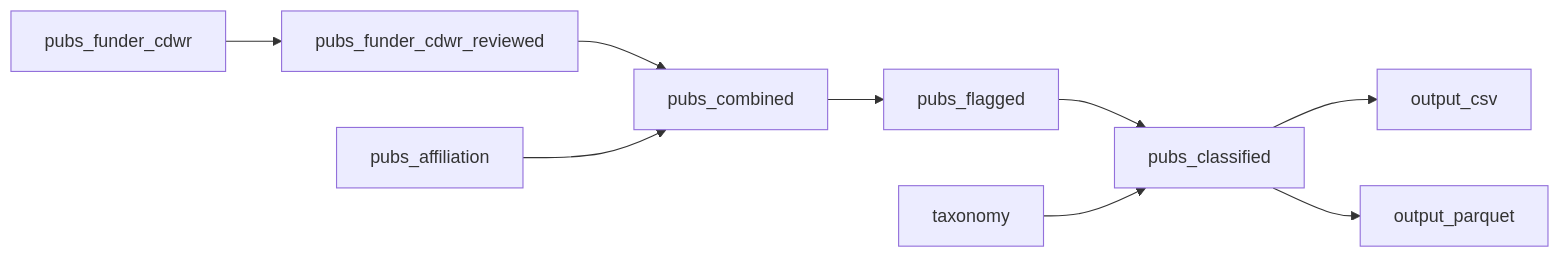
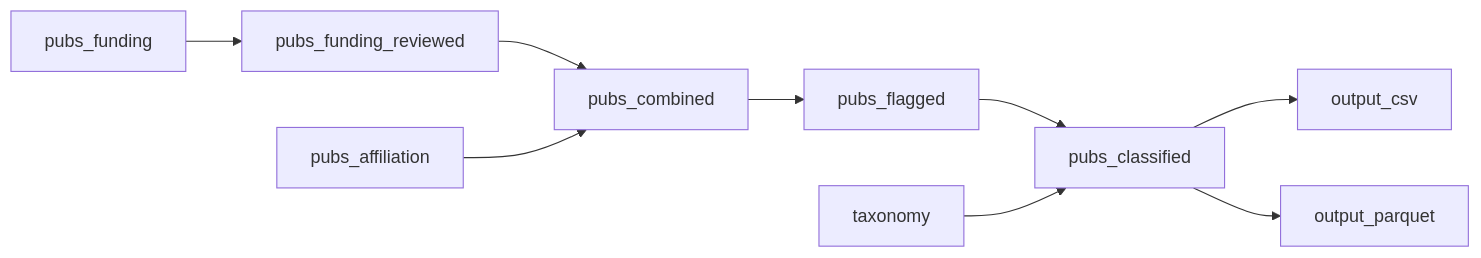
One commit to lucy-dwr/dwr-pub-inventory changed the diagram in PLAN.md. Above: the diagram before and after it, drawn with Mermaid. The commit also changed other lines of this file and 2 other files, not shown here.

````diff
--- a/PLAN.md
+++ b/PLAN.md
@@ -57,11 +57,11 @@
 ```mermaid
 flowchart LR
-    pubs_funder_cdwr   --> pubs_funder_cdwr_reviewed
-    pubs_funder_cdwr_reviewed --> pubs_combined
+    pubs_funding   --> pubs_funding_reviewed
+    pubs_funding_reviewed --> pubs_combined
     pubs_affiliation --> pubs_combined
     pubs_combined    --> pubs_flagged
     pubs_flagged     --> pubs_classified
     taxonomy         --> pubs_classified
     pubs_classified  --> output_csv
     pubs_classified  --> output_parquet
 ```
````
